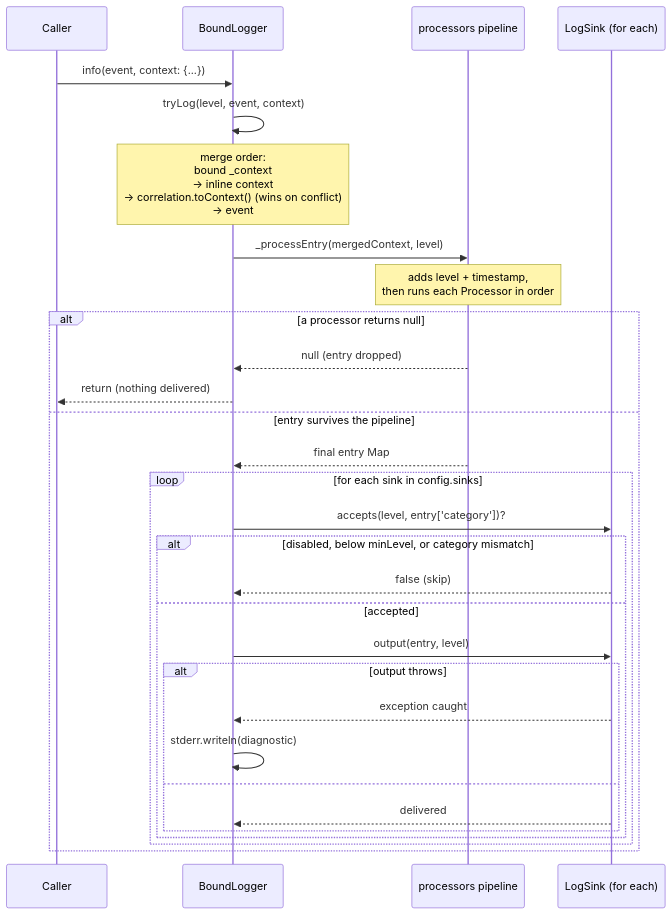
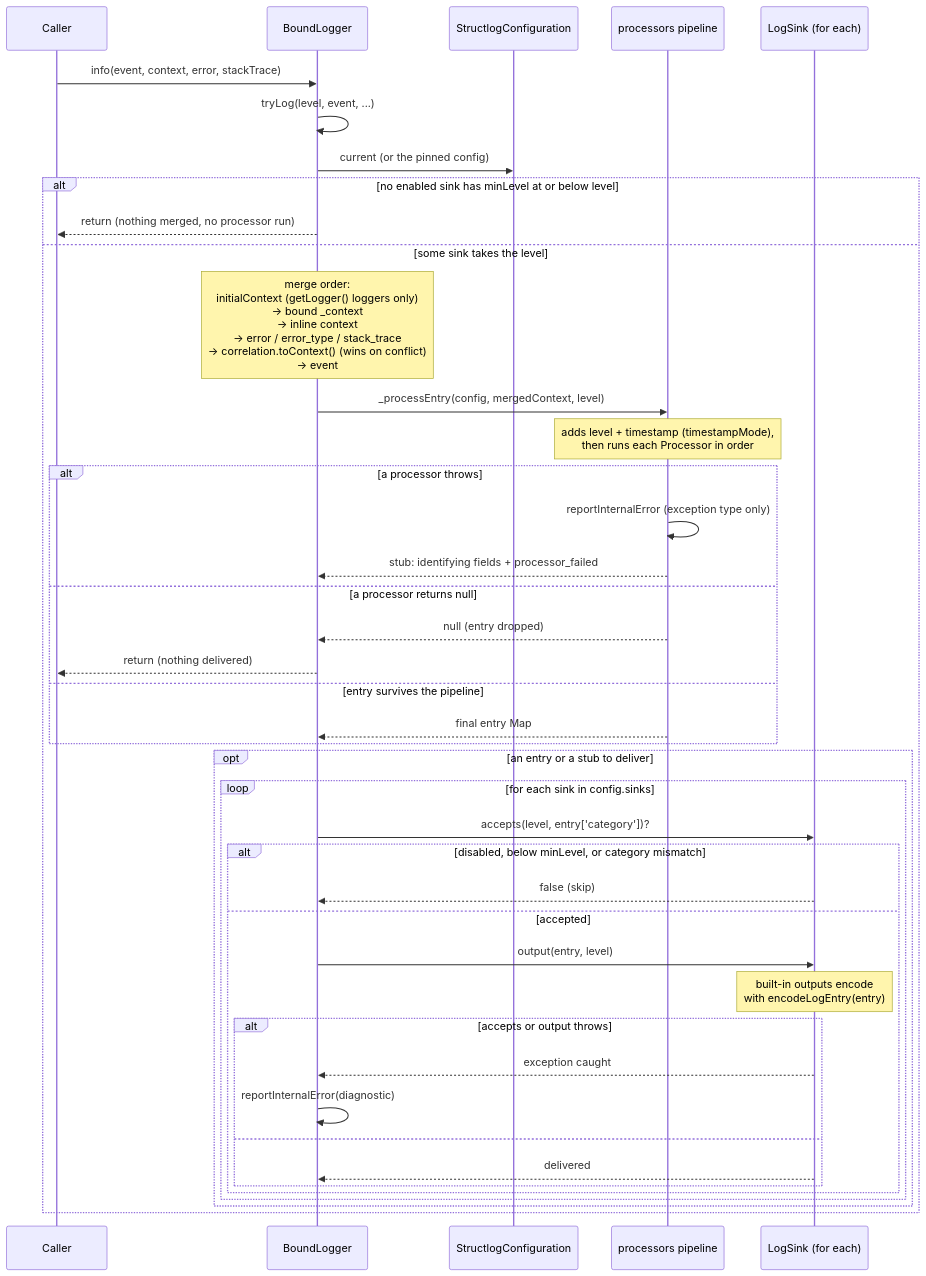
The second of 4 diagrams in emb/structured_log/doc/ARCHITECTURE.md (pese-git/structured_log), drawn with Mermaid before and after one commit. The commit also changed other lines of this file and 4 other files, not shown here.

````diff
--- a/emb/structured_log/doc/ARCHITECTURE.md
+++ b/emb/structured_log/doc/ARCHITECTURE.md
@@ -118,33 +140,45 @@
 ```mermaid
 sequenceDiagram
     participant Caller
     participant BoundLogger
+    participant Config as StructlogConfiguration
     participant Processors as processors pipeline
     participant Sink as LogSink (for each)
 
-    Caller->>BoundLogger: info(event, context: {...})
-    BoundLogger->>BoundLogger: tryLog(level, event, context)
-    Note over BoundLogger: merge order:<br/>bound _context<br/>→ inline context<br/>→ correlation.toContext() (wins on conflict)<br/>→ event
-    BoundLogger->>Processors: _processEntry(mergedContext, level)
-    Note over Processors: adds level + timestamp,<br/>then runs each Processor in order
-    alt a processor returns null
-        Processors-->>BoundLogger: null (entry dropped)
-        BoundLogger-->>Caller: return (nothing delivered)
-    else entry survives the pipeline
-        Processors-->>BoundLogger: final entry Map
-        loop for each sink in config.sinks
-            BoundLogger->>Sink: accepts(level, entry['category'])?
-            alt disabled, below minLevel, or category mismatch
-                Sink-->>BoundLogger: false (skip)
-            else accepted
-                BoundLogger->>Sink: output(entry, level)
-                alt output throws
-                    Sink-->>BoundLogger: exception caught
-                    BoundLogger->>BoundLogger: stderr.writeln(diagnostic)
-                else
-                    Sink-->>BoundLogger: delivered
+    Caller->>BoundLogger: info(event, context, error, stackTrace)
+    BoundLogger->>BoundLogger: tryLog(level, event, ...)
+    BoundLogger->>Config: current (or the pinned config)
+    alt no enabled sink has minLevel at or below level
+        BoundLogger-->>Caller: return (nothing merged, no processor run)
+    else some sink takes the level
+        Note over BoundLogger: merge order:<br/>initialContext (getLogger() loggers only)<br/>→ bound _context<br/>→ inline context<br/>→ error / error_type / stack_trace<br/>→ correlation.toContext() (wins on conflict)<br/>→ event
+        BoundLogger->>Processors: _processEntry(config, mergedContext, level)
+        Note over Processors: adds level + timestamp (timestampMode),<br/>then runs each Processor in order
+        alt a processor throws
+            Processors->>Processors: reportInternalError (exception type only)
+            Processors-->>BoundLogger: stub: identifying fields + processor_failed
+        else a processor returns null
+            Processors-->>BoundLogger: null (entry dropped)
+            BoundLogger-->>Caller: return (nothing delivered)
+        else entry survives the pipeline
+            Processors-->>BoundLogger: final entry Map
+        end
+        opt an entry or a stub to deliver
+            loop for each sink in config.sinks
+                BoundLogger->>Sink: accepts(level, entry['category'])?
+                alt disabled, below minLevel, or category mismatch
+                    Sink-->>BoundLogger: false (skip)
+                else accepted
+                    BoundLogger->>Sink: output(entry, level)
+                    Note over Sink: built-in outputs encode<br/>with encodeLogEntry(entry)
+                    alt accepts or output throws
+                        Sink-->>BoundLogger: exception caught
+                        BoundLogger->>BoundLogger: reportInternalError(diagnostic)
+                    else
+                        Sink-->>BoundLogger: delivered
+                    end
                 end
             end
         end
     end
 ```
````
